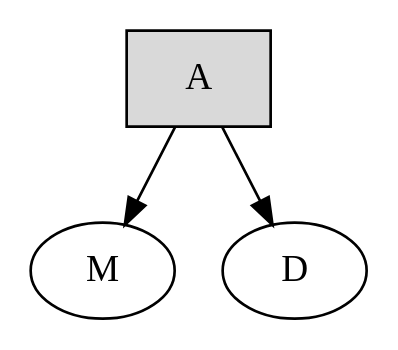
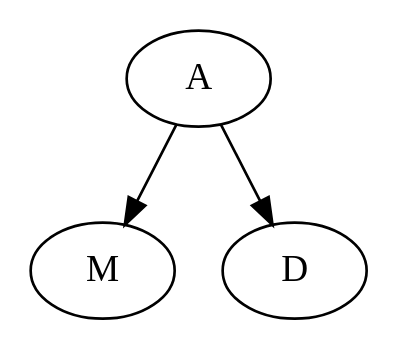
The diagram in examples/SR/waffledivorce/AMD_3.dot (StatisticalRethinkingJulia/StructuralCausalModels.jl), drawn with Graphviz before and after one commit. The commit also changed 19 other files, not shown here.

```diff
--- a/examples/SR/waffledivorce/AMD_3.dot
+++ b/examples/SR/waffledivorce/AMD_3.dot
@@ -1,5 +1,4 @@
-digraph Waffle_Model {
-  "A" [shape="box", fillcolor="gray85", style="filled"];
-    "A" -> "M";
-    "A" -> "D";
+digraph waffles {
+  A -> M;
+  A -> D;
 }
```
